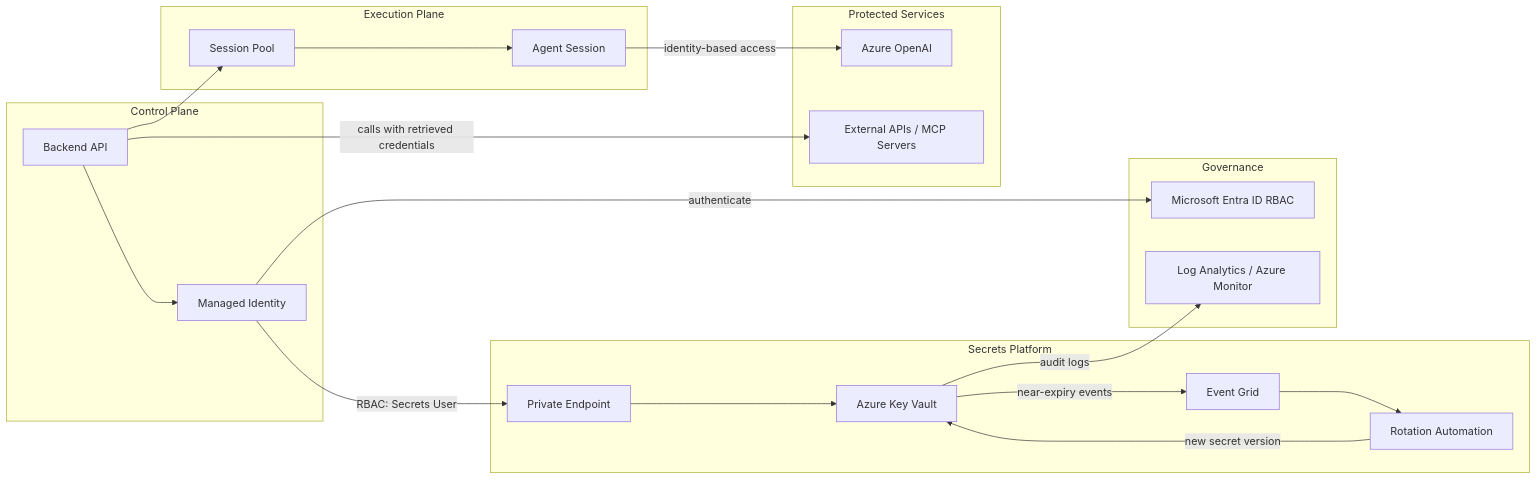
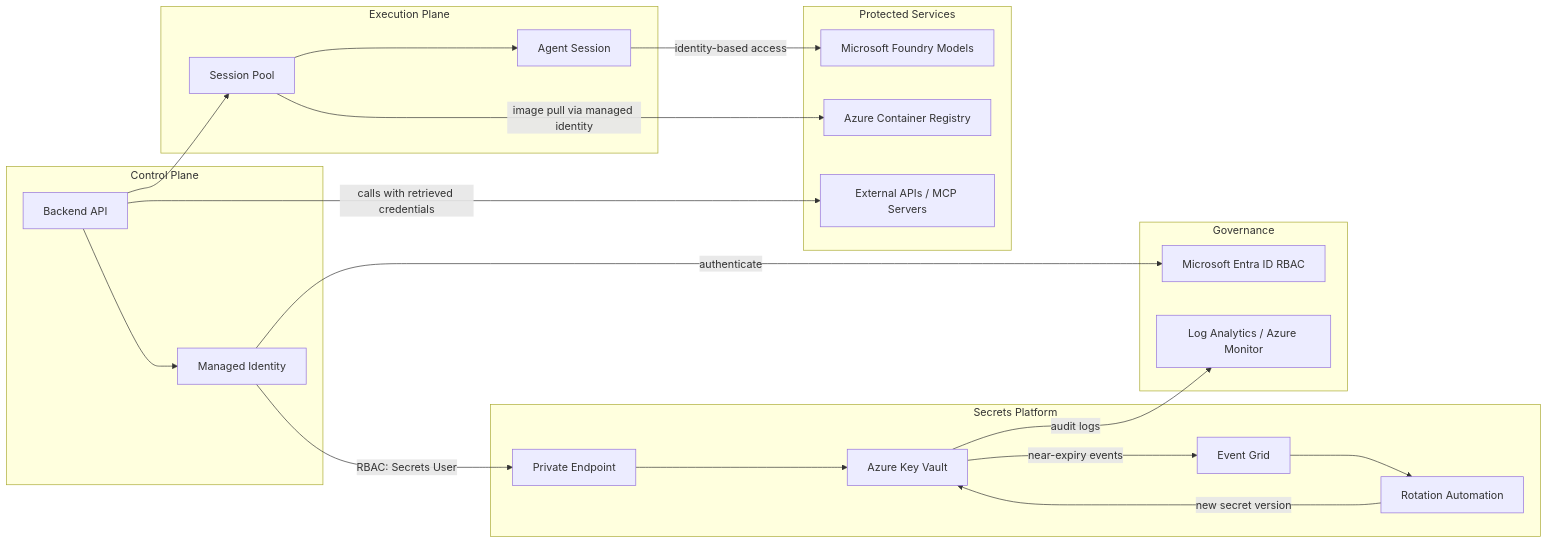
The diagram in docs/ADR-Azure-Key-Vault-Secure-Secrets-Management.md (pcpcloudai/Agent-Best-Practices), drawn with Mermaid before and after one commit. The commit also changed other lines of this file, not shown here.

Commit message:
docs(adr): restructure options/decision and add Foundry and ACR

````diff
--- a/docs/ADR-Azure-Key-Vault-Secure-Secrets-Management.md
+++ b/docs/ADR-Azure-Key-Vault-Secure-Secrets-Management.md
@@ -111,46 +163,48 @@
 ```mermaid
 flowchart LR
 
     subgraph Control Plane
         API[Backend API]
         MI[Managed Identity]
     end
 
     subgraph Execution Plane
         POOL[Session Pool]
         S1[Agent Session]
     end
 
     subgraph Secrets Platform
         KV[Azure Key Vault]
         PE[Private Endpoint]
         EG[Event Grid]
         AUTO[Rotation Automation]
     end
 
     subgraph Governance
         ENTRA[Microsoft Entra ID RBAC]
         LAW[Log Analytics / Azure Monitor]
     end
 
     subgraph Protected Services
-        AOAI[Azure OpenAI]
+        FOUNDRY[Microsoft Foundry Models]
+        ACR[Azure Container Registry]
         EXT[External APIs / MCP Servers]
     end
 
     API --> MI
     MI -->|authenticate| ENTRA
     MI -->|RBAC: Secrets User| PE
     PE --> KV
 
     API -->|calls with retrieved credentials| EXT
     API --> POOL
+    POOL -->|image pull via managed identity| ACR
     POOL --> S1
-    S1 -->|identity-based access| AOAI
+    S1 -->|identity-based access| FOUNDRY
 
     KV -->|near-expiry events| EG
     EG --> AUTO
     AUTO -->|new secret version| KV
 
     KV -->|audit logs| LAW
 ```
````
